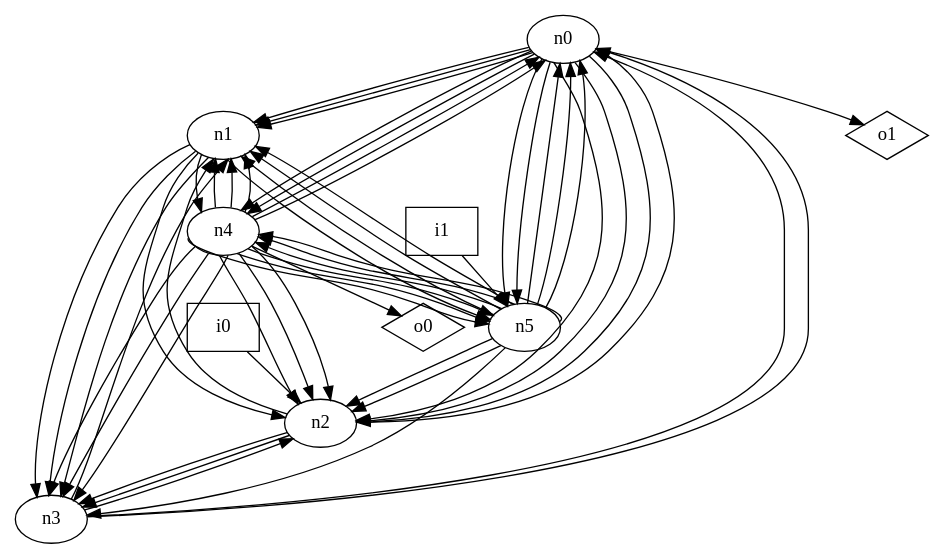
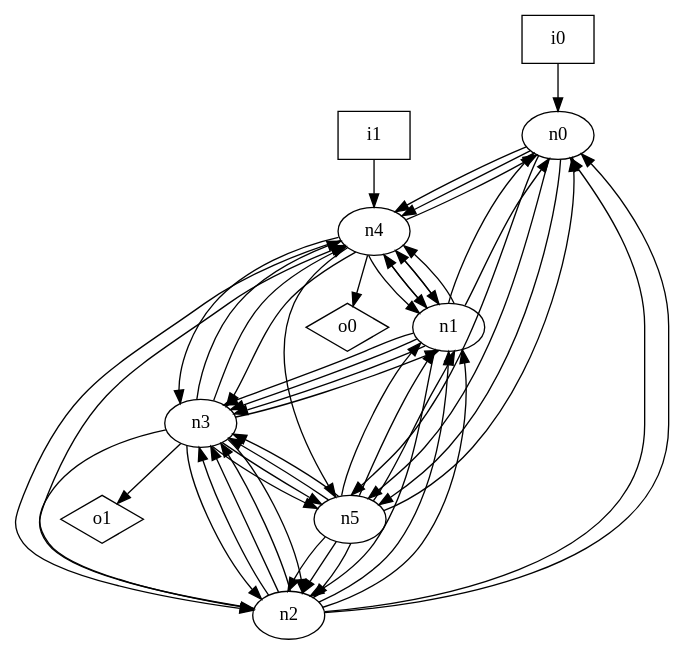
The diagram in dot_files/random_graph/loop_free_graph.dot (p9romain/bool-circuits), drawn with Graphviz before and after one commit. The commit also changed 149 other files, not shown here.

```diff
--- a/dot_files/random_graph/loop_free_graph.dot
+++ b/dot_files/random_graph/loop_free_graph.dot
@@ -1,66 +1,63 @@
 digraph G {
 n0 [label="n0"];
 n1 [label="n1"];
 n2 [label="n2"];
 n3 [label="n3"];
 n4 [label="n4"];
 n5 [label="n5"];
 n6 [label="i0",shape="box"];
 n7 [label="i1",shape="box"];
 n8 [label="o0",shape="diamond"];
 n9 [label="o1",shape="diamond"];
-n0 -> n1
-n0 -> n1
-n0 -> n1
-n0 -> n2
-n0 -> n2
-n0 -> n2
 n0 -> n4
 n0 -> n4
 n0 -> n5
 n0 -> n5
-n0 -> n9
+n0 -> n5
+n1 -> n0
+n1 -> n0
 n1 -> n2
 n1 -> n3
 n1 -> n3
 n1 -> n3
 n1 -> n4
-n1 -> n5
+n1 -> n4
+n1 -> n4
 n2 -> n0
+n2 -> n0
+n2 -> n1
 n2 -> n1
 n2 -> n3
 n2 -> n3
-n3 -> n0
-n3 -> n0
+n2 -> n3
+n2 -> n4
 n3 -> n1
 n3 -> n2
-n4 -> n0
+n3 -> n2
+n3 -> n2
+n3 -> n4
+n3 -> n4
+n3 -> n5
+n3 -> n5
+n3 -> n9
 n4 -> n0
 n4 -> n1
 n4 -> n1
 n4 -> n1
 n4 -> n2
-n4 -> n2
-n4 -> n2
-n4 -> n3
 n4 -> n3
 n4 -> n3
 n4 -> n5
-n4 -> n5
-n4 -> n5
 n4 -> n8
-n5 -> n0
-n5 -> n0
 n5 -> n0
 n5 -> n1
 n5 -> n1
 n5 -> n1
 n5 -> n2
 n5 -> n2
+n5 -> n2
 n5 -> n3
-n5 -> n4
-n5 -> n4
-n5 -> n4
-n6 -> n2
-n7 -> n5
+n5 -> n3
+n6 -> n0
+n7 -> n4
 }
```
